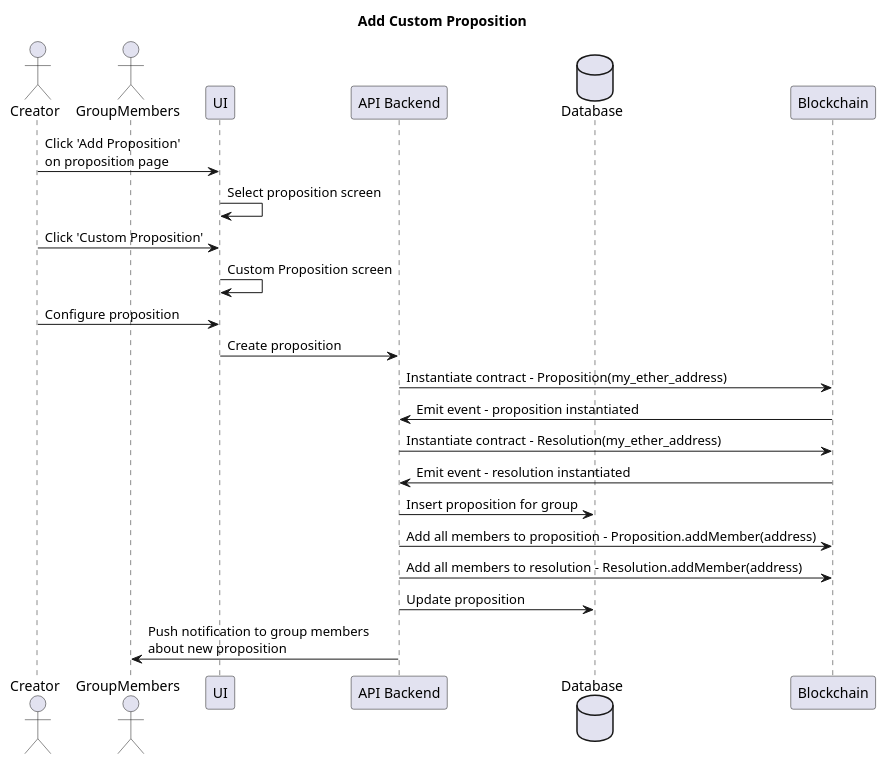
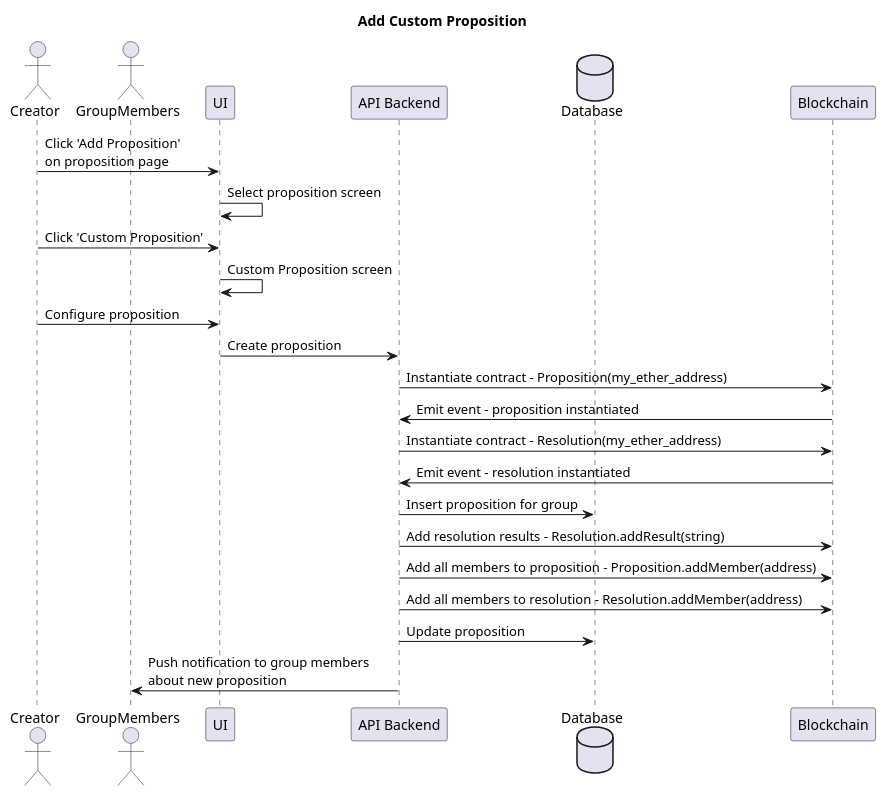
The diagram in docs/Diagrams/src/UserStories/add_custom_prop.puml (adhurjaty/prediction-app), drawn with PlantUML before and after one commit. The commit also changed 1 other file, not shown here.

Commit message:
Updated diagram to include addResult()

```diff
--- a/docs/Diagrams/src/UserStories/add_custom_prop.puml
+++ b/docs/Diagrams/src/UserStories/add_custom_prop.puml
@@ -1,28 +1,29 @@
 @startuml Add Custom Proposition
 
 title Add Custom Proposition
 
 actor Creator as creator
 actor GroupMembers as member
 participant UI as ui
 participant "API Backend" as api
 database Database as db
 participant Blockchain as bc
 
 creator -> ui : Click 'Add Proposition'\non proposition page
 ui -> ui : Select proposition screen
 creator -> ui : Click 'Custom Proposition'
 ui -> ui : Custom Proposition screen
 creator -> ui : Configure proposition
 ui -> api : Create proposition
 api -> bc : Instantiate contract - Proposition(my_ether_address)
 bc -> api : Emit event - proposition instantiated 
 api -> bc : Instantiate contract - Resolution(my_ether_address)
 bc -> api : Emit event - resolution instantiated
 api -> db : Insert proposition for group 
+api -> bc : Add resolution results - Resolution.addResult(string)
 api -> bc : Add all members to proposition - Proposition.addMember(address)
 api -> bc : Add all members to resolution - Resolution.addMember(address)
 api -> db : Update proposition
 api -> member: Push notification to group members \nabout new proposition
 
 @enduml
```
